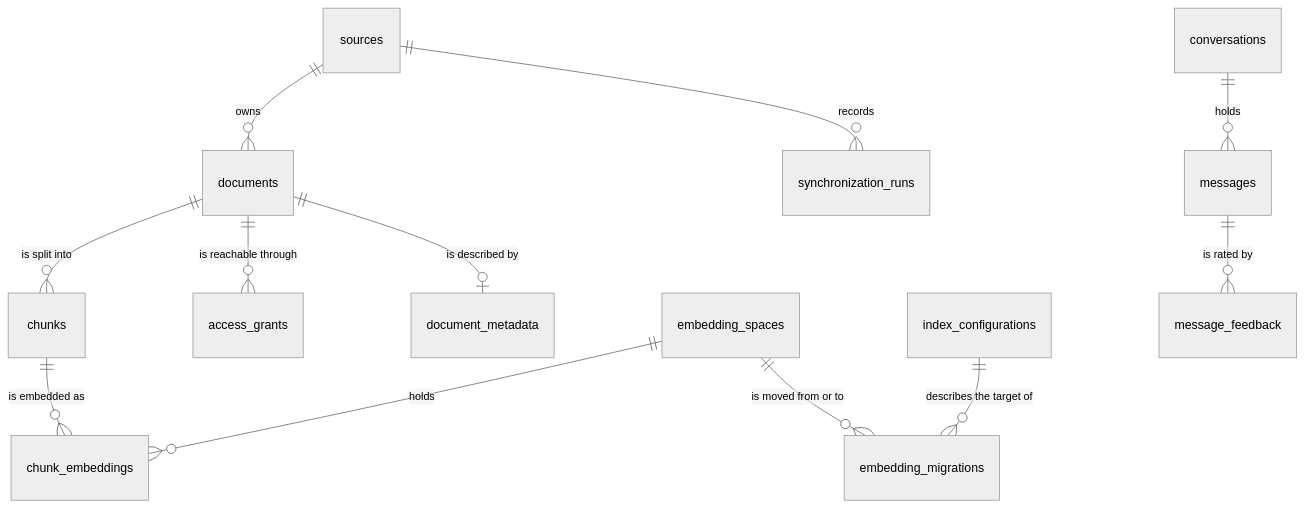
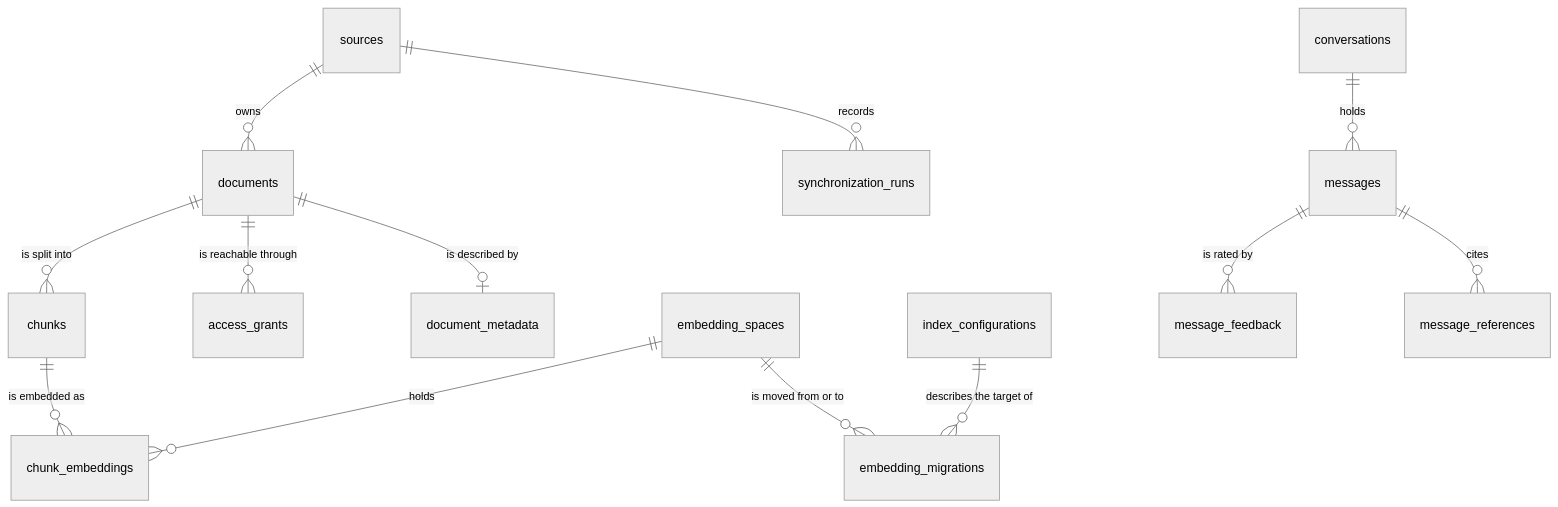
One commit to ivanverenich/knowledge-service changed the third of 10 diagrams in docs/architecture.md. Above: the diagram before and after it, drawn with Mermaid (neutral theme). The commit also changed other lines of this file and 12 other files, not shown here.

First line of the commit message:
feat: Enhance conversation message handling with outcomes and references

````diff
--- a/docs/architecture.md
+++ b/docs/architecture.md
@@ -119,14 +119,15 @@
 ```mermaid
 erDiagram
     sources ||--o{ documents : "owns"
     sources ||--o{ synchronization_runs : "records"
     documents ||--o{ chunks : "is split into"
     documents ||--o{ access_grants : "is reachable through"
     documents ||--o| document_metadata : "is described by"
     chunks ||--o{ chunk_embeddings : "is embedded as"
     embedding_spaces ||--o{ chunk_embeddings : "holds"
     embedding_spaces ||--o{ embedding_migrations : "is moved from or to"
     index_configurations ||--o{ embedding_migrations : "describes the target of"
     conversations ||--o{ messages : "holds"
     messages ||--o{ message_feedback : "is rated by"
+    messages ||--o{ message_references : "cites"
 ```
````
